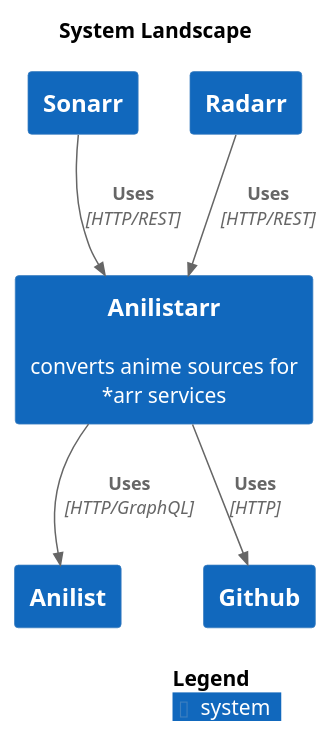
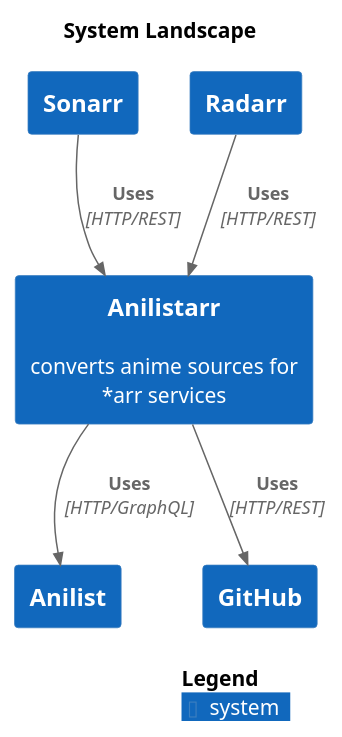
Before and after one commit to wwmoraes/anilistarr: the diagram in docs/structurizr-SystemLandscape-001.puml, drawn with PlantUML. The commit also changed 151 other files, not shown here.

```diff
--- a/docs/structurizr-SystemLandscape-001.puml
+++ b/docs/structurizr-SystemLandscape-001.puml
@@ -1,22 +1,22 @@
 @startuml
 set separator none
 title System Landscape
 
 top to bottom direction
 
 !include <C4/C4>
 !include <C4/C4_Context>
 
 System(Anilist, "Anilist", $descr="", $tags="", $link="")
-System(Github, "Github", $descr="", $tags="", $link="")
+System(GitHub, "GitHub", $descr="", $tags="", $link="")
 System(Anilistarr, "Anilistarr", $descr="converts anime sources for *arr services", $tags="", $link="")
 System(Sonarr, "Sonarr", $descr="", $tags="", $link="")
 System(Radarr, "Radarr", $descr="", $tags="", $link="")
 
 Rel(Anilistarr, Anilist, "Uses", $techn="HTTP/GraphQL", $tags="", $link="")
-Rel(Anilistarr, Github, "Uses", $techn="HTTP", $tags="", $link="")
+Rel(Anilistarr, GitHub, "Uses", $techn="HTTP/REST", $tags="", $link="")
 Rel(Sonarr, Anilistarr, "Uses", $techn="HTTP/REST", $tags="", $link="")
 Rel(Radarr, Anilistarr, "Uses", $techn="HTTP/REST", $tags="", $link="")
 
 SHOW_LEGEND(true)
 @enduml
```
